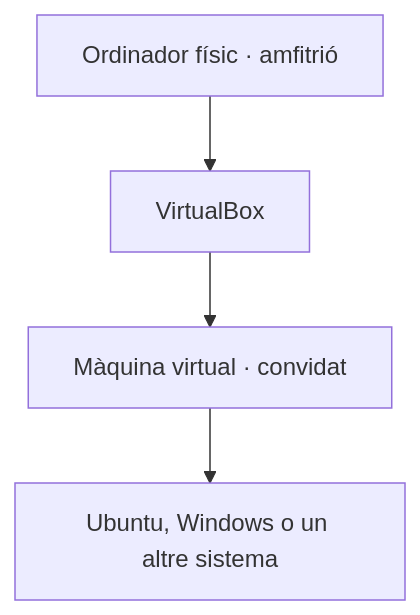
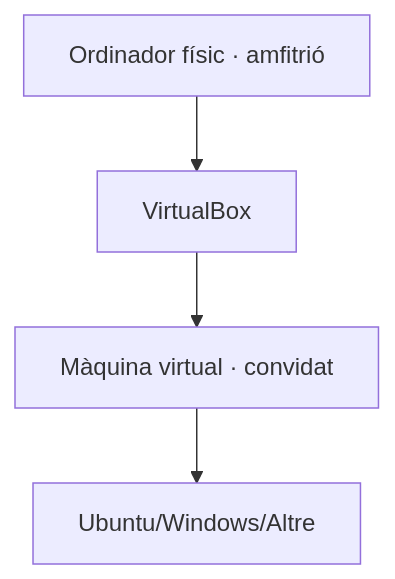
Before and after one commit to sllado1/Apunts: the first of 3 diagrams in docs/SMX/M222SO/5_VirtualBox.md, drawn with Mermaid. The commit also changed other lines of this file, not shown here.

````diff
--- a/docs/SMX/M222SO/5_VirtualBox.md
+++ b/docs/SMX/M222SO/5_VirtualBox.md
@@ -7,8 +7,8 @@
 ```mermaid
 flowchart TB
     H["Ordinador físic · amfitrió"]
     V["VirtualBox"]
     VM["Màquina virtual · convidat"]
-    OS["Ubuntu, Windows o un altre sistema"]
+    OS["Ubuntu/Windows/Altre"]
     H --> V --> VM --> OS
 ```
````
